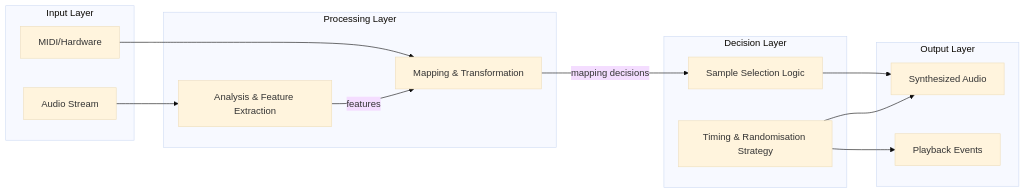
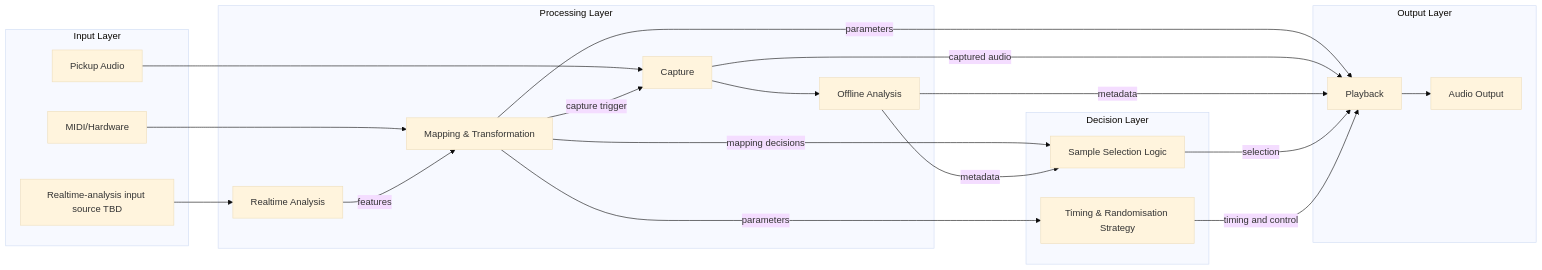
One commit to AlexHarker/wintersleep changed the second of 4 diagrams in System Architecture.md. Above: the diagram before and after it, drawn with Mermaid (base theme). The commit also changed other lines of this file and 1 other file, not shown here.

````diff
--- a/System Architecture.md
+++ b/System Architecture.md
@@ -116,30 +124,41 @@
 ```mermaid
 graph LR
     subgraph Input_Layer["Input Layer"]
-        A[Audio Stream]
+        A[Pickup Audio]
+        R[Realtime-analysis input source TBD]
         B[MIDI/Hardware]
     end
     
     subgraph Processing_Layer["Processing Layer"]
-        C[Analysis & Feature Extraction]
+        CaptureData[Capture]
+        Offline[Offline Analysis]
+        C[Realtime Analysis]
         D[Mapping & Transformation]
     end
     
     subgraph Decision_Layer["Decision Layer"]
         E[Sample Selection Logic]
         F[Timing & Randomisation Strategy]
     end
     
     subgraph Output_Layer["Output Layer"]
-        G[Synthesized Audio]
-        H[Playback Events]
+        PlaybackData[Playback]
+        G[Audio Output]
     end
     
-    A --> C
+    A --> CaptureData
+    CaptureData --> Offline
+    R --> C
     B --> D
     C -->|features| D
+    D -->|capture trigger| CaptureData
     D -->|mapping decisions| E
-    E --> G
-    F --> G
-    F --> H
+    D -->|parameters| F
+    D -->|parameters| PlaybackData
+    CaptureData -->|captured audio| PlaybackData
+    Offline -->|metadata| E
+    Offline -->|metadata| PlaybackData
+    E -->|selection| PlaybackData
+    F -->|timing and control| PlaybackData
+    PlaybackData --> G
 ```
````
